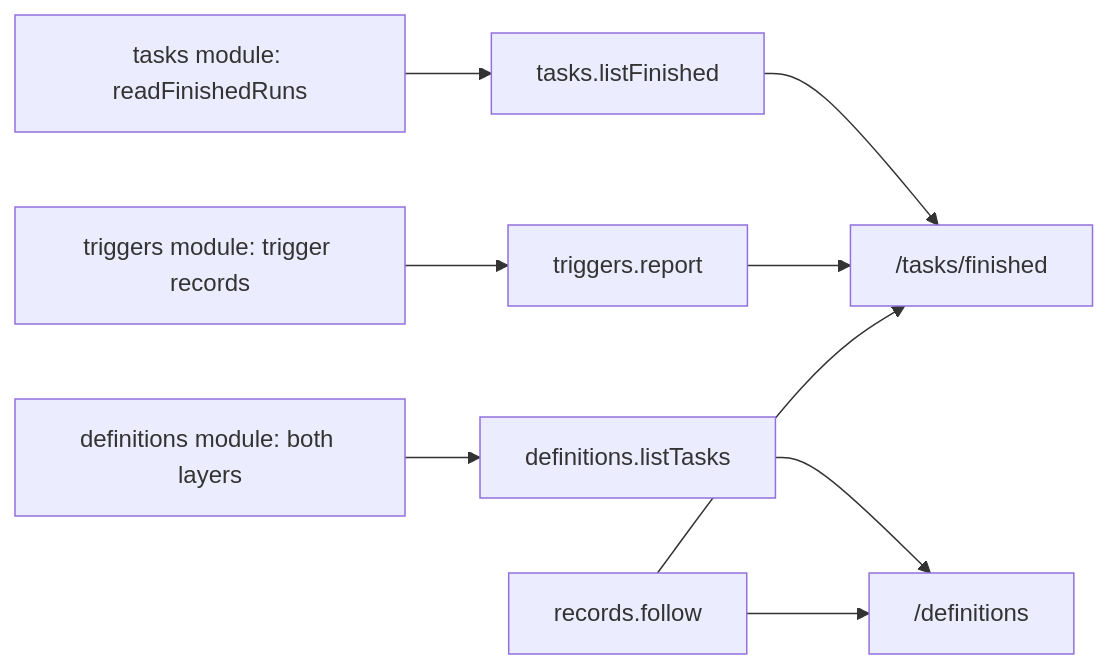
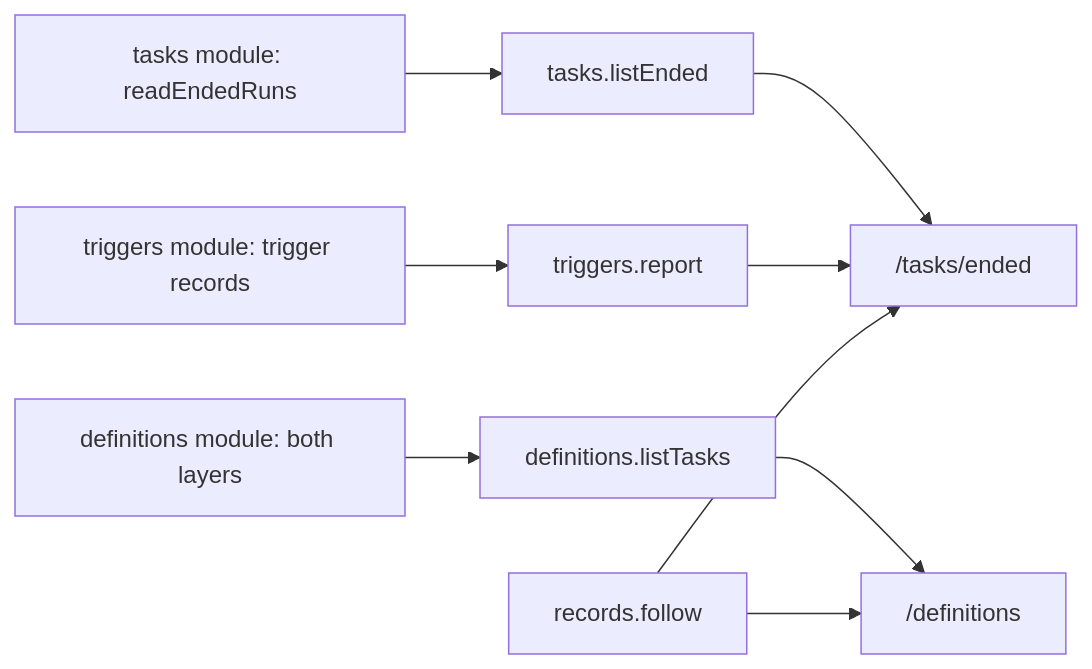
Before and after one commit to zgeoff/nixie: the diagram in docs/design/queue/definition-views.md, drawn with Mermaid. The commit also changed other lines of this file and 40 other files, not shown here.

````diff
--- a/docs/design/queue/definition-views.md
+++ b/docs/design/queue/definition-views.md
@@ -18,11 +18,11 @@
 ```mermaid
 flowchart LR
-  tasks[tasks module: readFinishedRuns] --> finished[tasks.listFinished]
+  tasks[tasks module: readEndedRuns] --> ended[tasks.listEnded]
   triggers[triggers module: trigger records] --> report[triggers.report]
   defs[definitions module: both layers] --> list[definitions.listTasks]
-  finished --> route1["/tasks/finished"]
+  ended --> route1["/tasks/ended"]
   report --> route1
   list --> route2["/definitions"]
   follow[records.follow] --> route1
   follow --> route2
 ```
````
